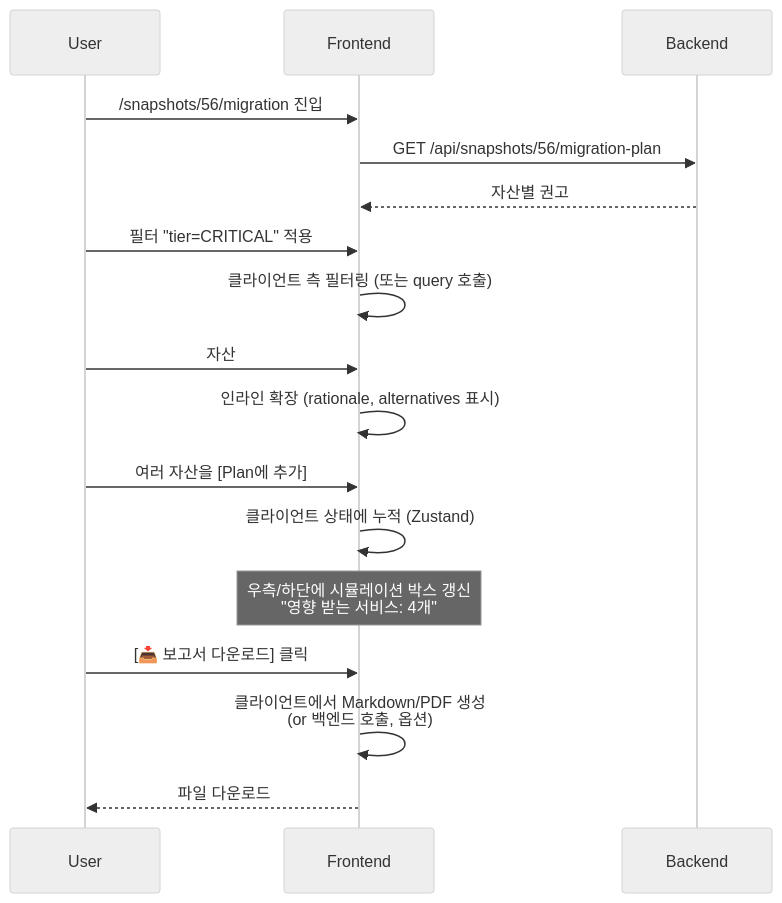
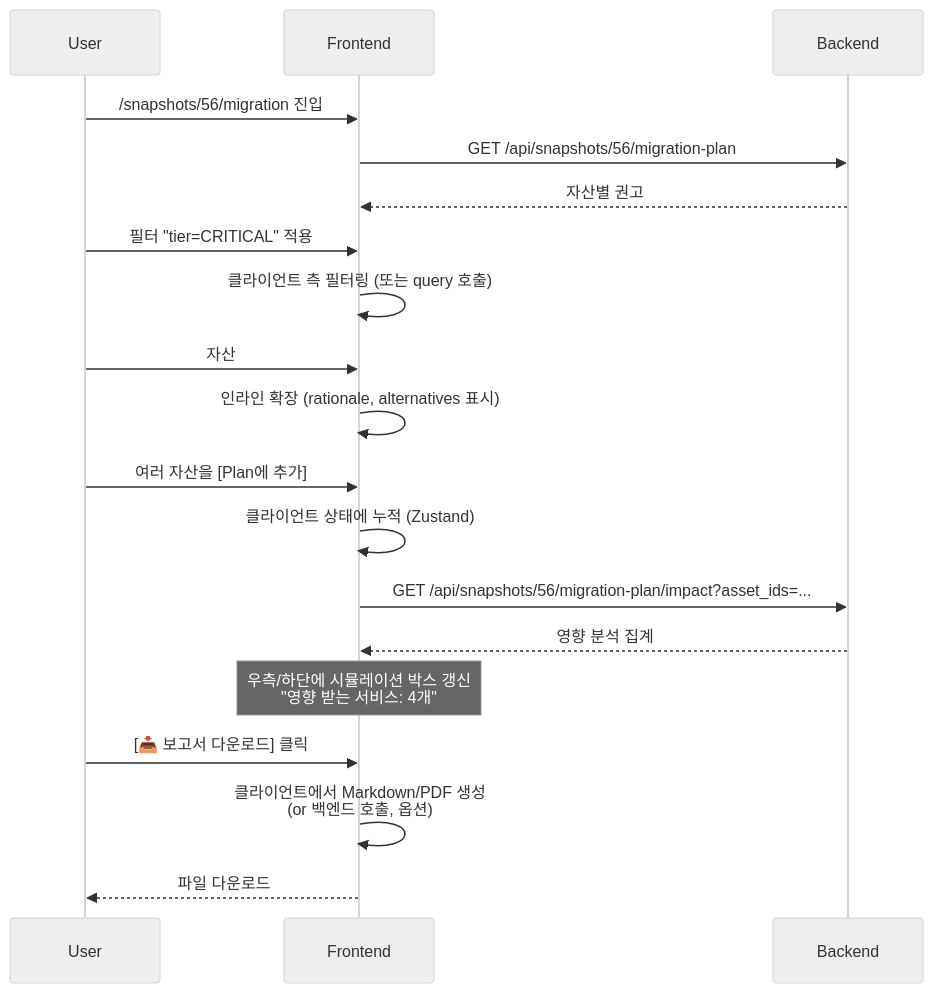
The eighth of 11 diagrams in docs/10-ux-flows.md (ehdgks0627/crypto-scanner), drawn with Mermaid (neutral theme) before and after one commit. The commit also changed other lines of this file and 41 other files, not shown here.

````diff
--- a/docs/10-ux-flows.md
+++ b/docs/10-ux-flows.md
@@ -351,24 +352,26 @@
 ```mermaid
 sequenceDiagram
     participant U as User
     participant F as Frontend
     participant B as Backend
 
     U->>F: /snapshots/56/migration 진입
     F->>B: GET /api/snapshots/56/migration-plan
     B-->>F: 자산별 권고
 
     U->>F: 필터 "tier=CRITICAL" 적용
     F->>F: 클라이언트 측 필터링 (또는 query 호출)
 
     U->>F: 자산 #1 행에서 [상세] 클릭
     F->>F: 인라인 확장 (rationale, alternatives 표시)
 
     U->>F: 여러 자산을 [Plan에 추가]
     F->>F: 클라이언트 상태에 누적 (Zustand)
+    F->>B: GET /api/snapshots/56/migration-plan/impact?asset_ids=...
+    B-->>F: 영향 분석 집계
     Note over F: 우측/하단에 시뮬레이션 박스 갱신<br/>"영향 받는 서비스: 4개"
 
     U->>F: [📥 보고서 다운로드] 클릭
     F->>F: 클라이언트에서 Markdown/PDF 생성<br/>(or 백엔드 호출, 옵션)
     F-->>U: 파일 다운로드
 ```
````
